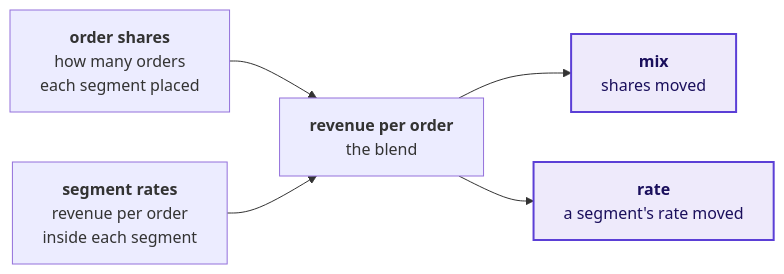
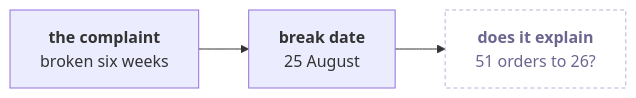
Before and after one commit to fde-academy-lab/c2-content-factory: the first of 11 diagrams in content/W01/D2/slides/C2_W01_D02_half2_STUDENT.md, drawn with Mermaid. The commit also changed other lines of this file and 11 other files, not shown here.

````diff
--- a/content/W01/D2/slides/C2_W01_D02_half2_STUDENT.md
+++ b/content/W01/D2/slides/C2_W01_D02_half2_STUDENT.md
@@ -73,9 +35,7 @@
 ```mermaid
 flowchart LR
-    S["<b>order shares</b><br/>how many orders<br/>each segment placed"] --> R["<b>revenue per order</b><br/>the blend"]
-    P["<b>segment rates</b><br/>revenue per order<br/>inside each segment"] --> R
-    R --> M["<b>mix</b><br/>shares moved"]
-    R --> T["<b>rate</b><br/>a segment's rate moved"]
-    classDef known fill:#EEEAFB,stroke:#5B3FD6,color:#1A0F5C,stroke-width:2px
-    class M,T known
+    C["<b>the complaint</b><br/>broken six weeks"] --> B["<b>break date</b><br/>25 August"]
+    B --> Q["<b>does it explain</b><br/>51 orders to 26?"]
+    classDef unknown fill:#FFFFFF,stroke:#B8B2D6,color:#6B6690,stroke-dasharray:4 3
+    class Q unknown
 ```
````
